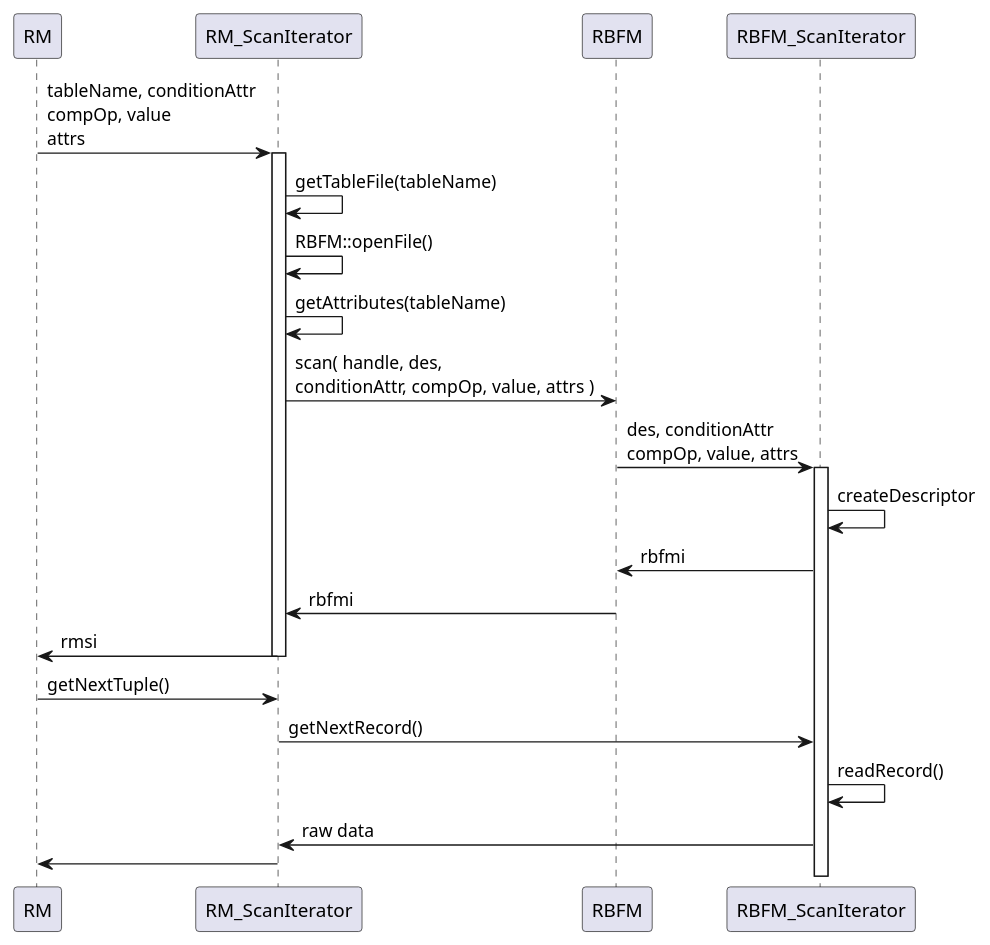
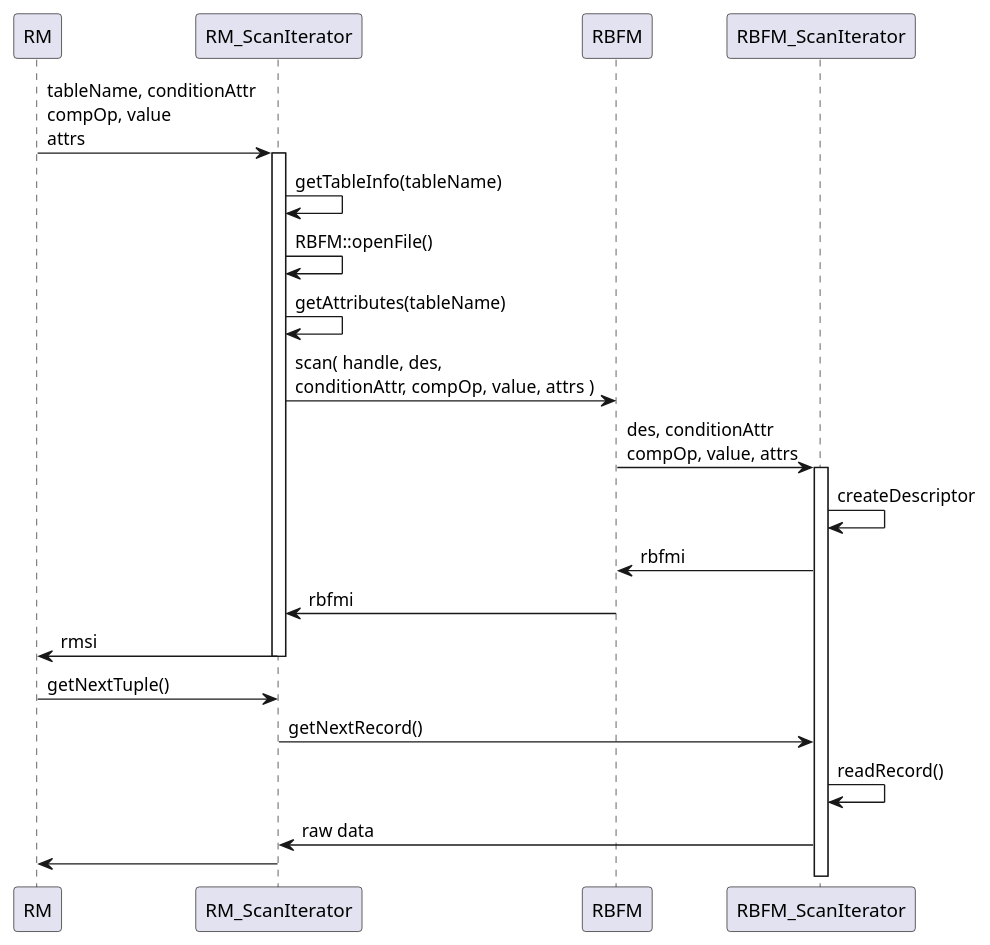
The diagram in docs/scan.puml (gyh1621/SimpleDatabase), drawn with PlantUML before and after one commit. The commit also changed 5 other files, not shown here.

```diff
--- a/docs/scan.puml
+++ b/docs/scan.puml
@@ -1,30 +1,30 @@
 @startuml
 participant RM as R1
 participant RM_ScanIterator as S1
 participant RBFM as R2
 participant RBFM_ScanIterator as S2
 
 R1 -> S1: tableName, conditionAttr\ncompOp, value\nattrs
 
 activate S1
-S1 -> S1: getTableFile(tableName)
+S1 -> S1: getTableInfo(tableName)
 S1 -> S1: RBFM::openFile()
 S1 -> S1: getAttributes(tableName)
 
 S1 -> R2: scan( handle, des, \nconditionAttr, compOp, value, attrs )
 R2 -> S2: des, conditionAttr \ncompOp, value, attrs
 activate S2
 S2 -> S2: createDescriptor
 S2 -> R2: rbfmi
 R2 -> S1: rbfmi
 
 S1 -> R1: rmsi
 deactivate S1
 
 R1 -> S1: getNextTuple()
 S1 -> S2: getNextRecord()
 S2 -> S2: readRecord()
 S2 -> S1: raw data
 S1 -> R1
 
 @enduml
```
